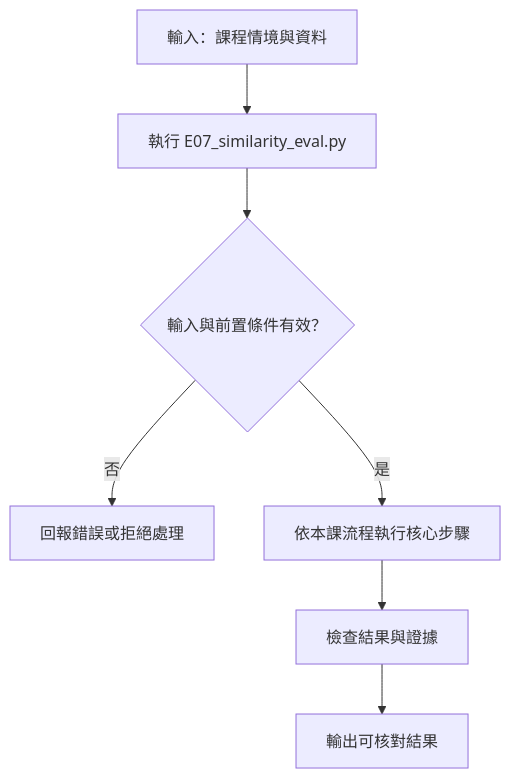
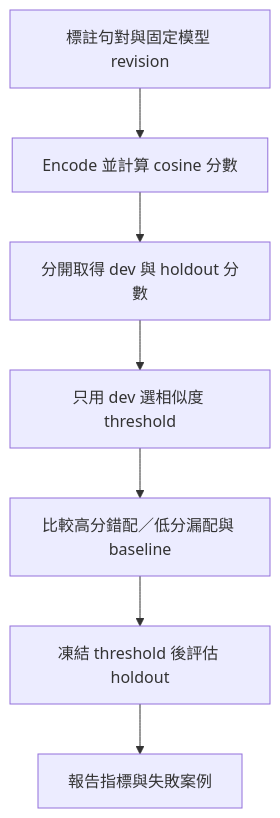
The diagram in 19-similarity-eval.md (4-learn/LLM-demo), drawn with Mermaid before and after one commit. The commit also changed other lines of this file and 66 other files, not shown here.

Commit message:
[pm] docs: expand lesson diagrams and fix course mapping (#17)

````diff
--- a/19-similarity-eval.md
+++ b/19-similarity-eval.md
@@ -10,9 +10,9 @@
 ```mermaid
 flowchart TD
-    A[輸入：課程情境與資料] --> B[執行 E07_similarity_eval.py]
-    B --> C{輸入與前置條件有效？}
-    C -- 否 --> D[回報錯誤或拒絕處理]
-    C -- 是 --> E[依本課流程執行核心步驟]
-    E --> F[檢查結果與證據]
-    F --> G[輸出可核對結果]
+    A[標註句對與固定模型 revision] --> B[Encode 並計算 cosine 分數]
+    B --> C[分開取得 dev 與 holdout 分數]
+    C --> D[只用 dev 選相似度 threshold]
+    D --> E[比較高分錯配／低分漏配與 baseline]
+    E --> F[凍結 threshold 後評估 holdout]
+    F --> G[報告指標與失敗案例]
 ```
````
